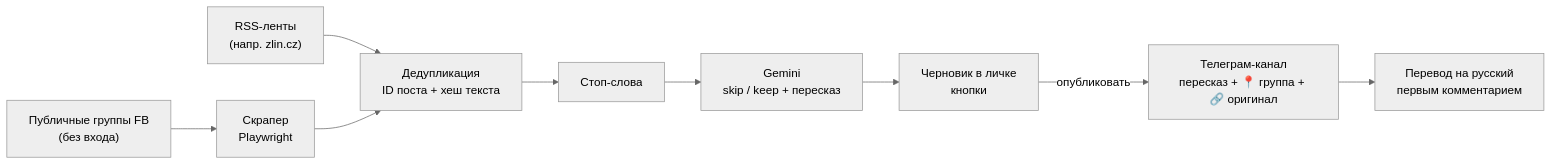
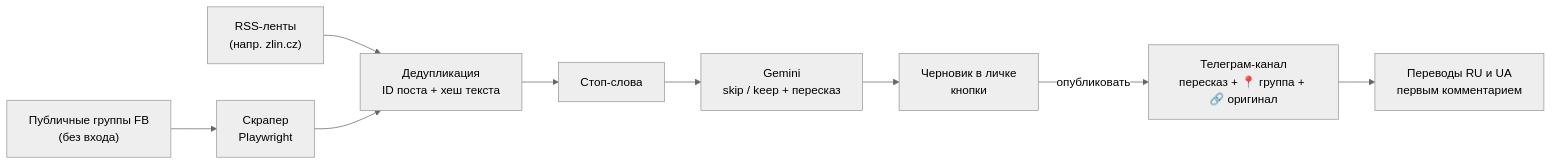
One commit to S1gnes/zlin changed the diagram in README.md. Above: the diagram before and after it, drawn with Mermaid (neutral theme). The commit also changed other lines of this file and 8 other files, not shown here.

````diff
--- a/README.md
+++ b/README.md
@@ -17,11 +17,11 @@
 ```mermaid
 flowchart LR
     FB["Публичные группы FB<br/>(без входа)"] --> S["Скрапер<br/>Playwright"]
     RSS["RSS-ленты<br/>(напр. zlin.cz)"] --> D
     S --> D["Дедупликация<br/>ID поста + хеш текста"]
     D --> F["Стоп-слова"]
     F --> G["Gemini<br/>skip / keep + пересказ"]
     G --> A["Черновик в личке<br/>кнопки"]
     A -->|опубликовать| C["Телеграм-канал<br/>пересказ + 📍 группа + 🔗 оригинал"]
-    C --> T["Перевод на русский<br/>первым комментарием"]
+    C --> T["Переводы RU и UA<br/>первым комментарием"]
 ```
````
